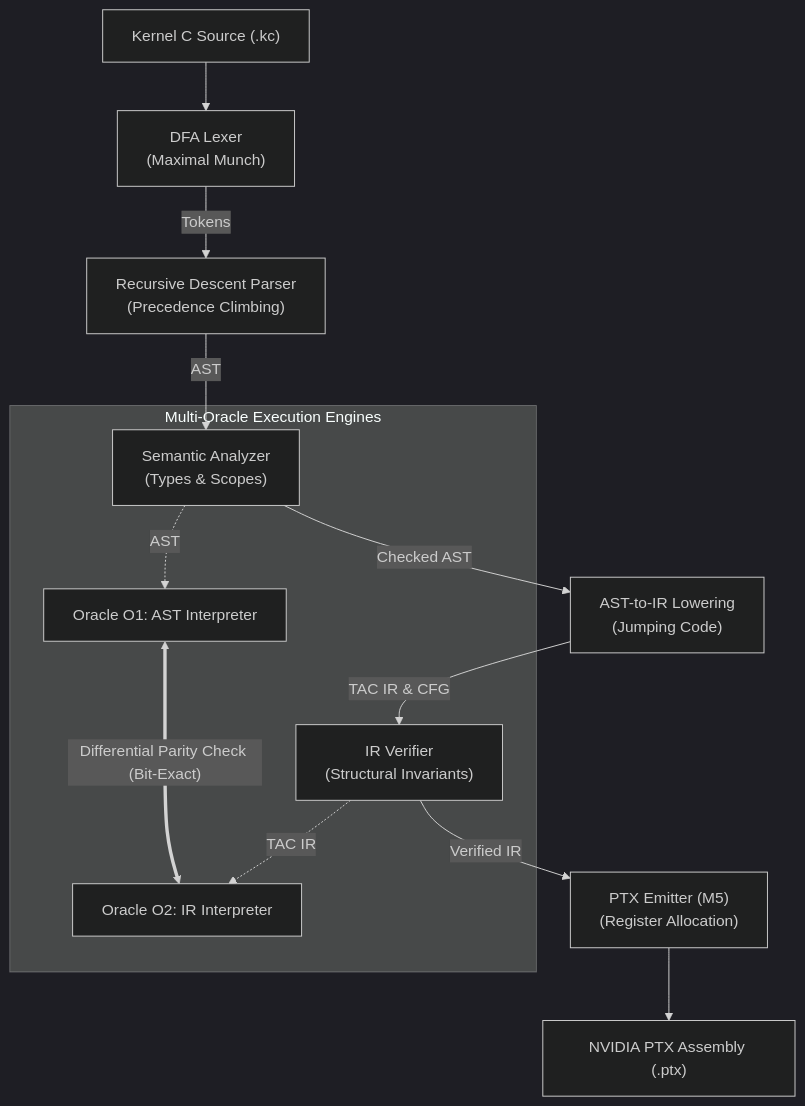
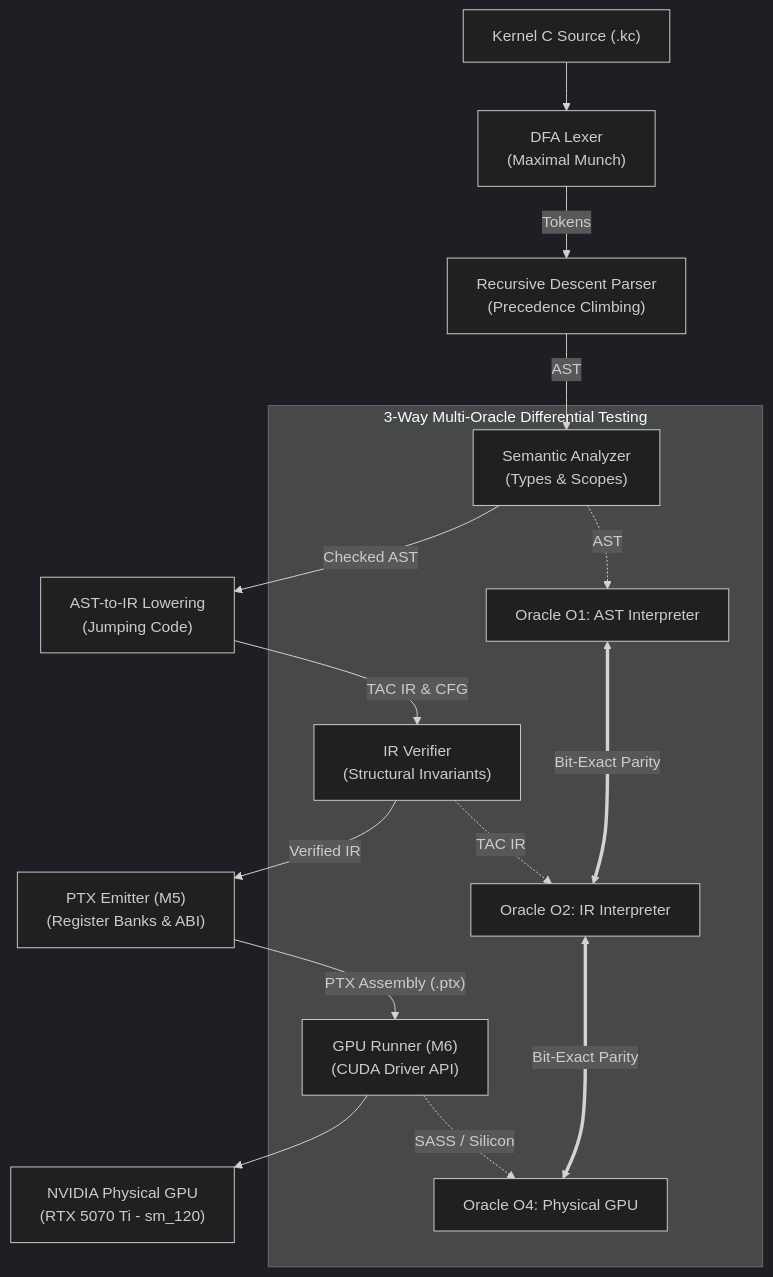
The diagram in README.md (ankhu1610/PTXLab), drawn with Mermaid (dark theme) before and after one commit. The commit also changed other lines of this file and 4 other files, not shown here.

Commit message:
docs: update README with M6 physical GPU runner, 3-way differential parity, and add interview architecture guide

````diff
--- a/README.md
+++ b/README.md
@@ -24,17 +26,19 @@
 ```mermaid
 flowchart TD
     Source["Kernel C Source (.kc)"] --> Lexer["DFA Lexer<br/>(Maximal Munch)"]
     Lexer -->|"Tokens"| Parser["Recursive Descent Parser<br/>(Precedence Climbing)"]
     Parser -->|"AST"| Sema["Semantic Analyzer<br/>(Types & Scopes)"]
     Sema -->|"Checked AST"| Lowering["AST-to-IR Lowering<br/>(Jumping Code)"]
     Lowering -->|"TAC IR & CFG"| Verifier["IR Verifier<br/>(Structural Invariants)"]
-    
-    subgraph Oracles["Multi-Oracle Execution Engines"]
+    Verifier -->|"Verified IR"| PTXEmitter["PTX Emitter (M5)<br/>(Register Banks & ABI)"]
+    PTXEmitter -->|"PTX Assembly (.ptx)"| GPURunner["GPU Runner (M6)<br/>(CUDA Driver API)"]
+    GPURunner --> Hardware["NVIDIA Physical GPU<br/>(RTX 5070 Ti - sm_120)"]
+
+    subgraph Oracles["3-Way Multi-Oracle Differential Testing"]
         Sema -.->|"AST"| O1["Oracle O1: AST Interpreter"]
         Verifier -.->|"TAC IR"| O2["Oracle O2: IR Interpreter"]
-        O1 <===>|"Differential Parity Check (Bit-Exact)"| O2
+        GPURunner -.->|"SASS / Silicon"| O4["Oracle O4: Physical GPU"]
+        O1 <===>|"Bit-Exact Parity"| O2
+        O2 <===>|"Bit-Exact Parity"| O4
     end
-
-    Verifier -->|"Verified IR"| PTXEmitter["PTX Emitter (M5)<br/>(Register Allocation)"]
-    PTXEmitter --> Target["NVIDIA PTX Assembly (.ptx)"]
 ```
````
